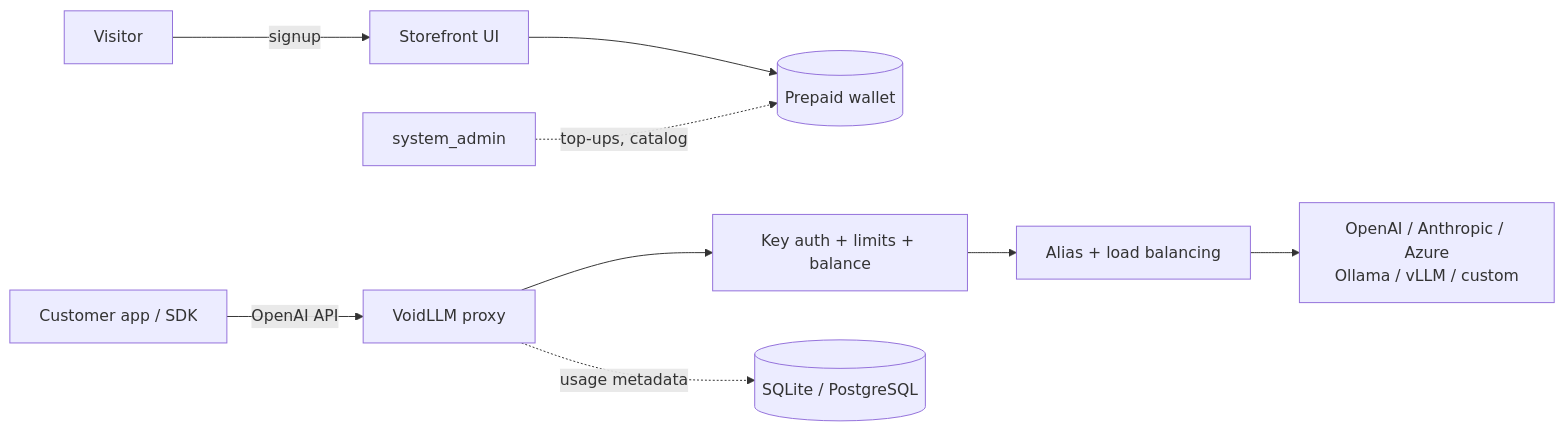
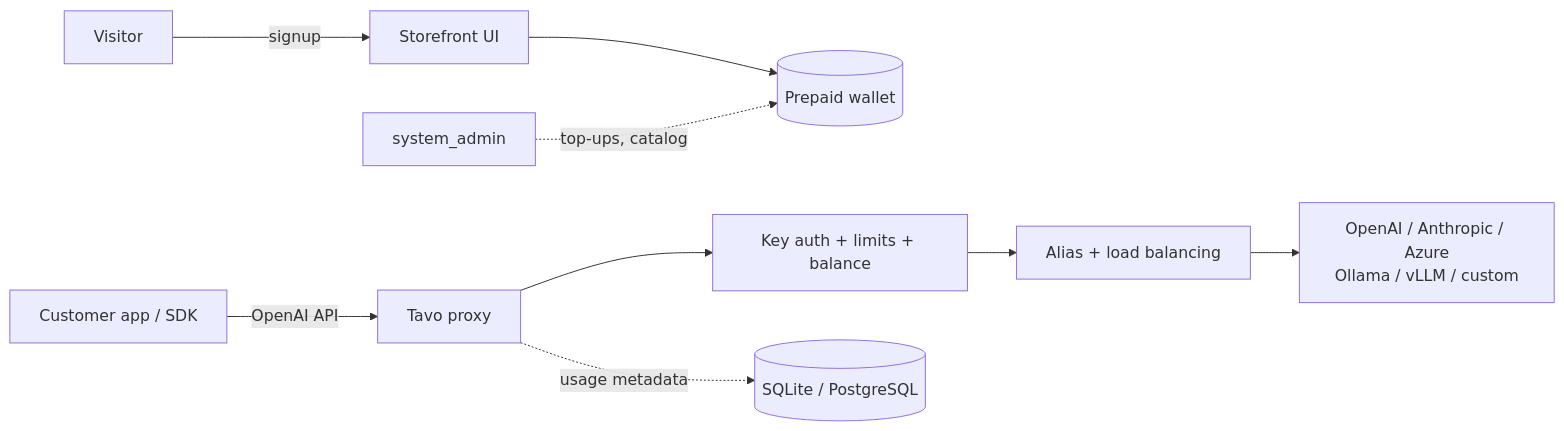
Before and after one commit to jukaza/voidllm: the diagram in README.md, drawn with Mermaid. The commit also changed other lines of this file and 270 other files, not shown here.

````diff
--- a/README.md
+++ b/README.md
@@ -70,11 +70,11 @@
 ```mermaid
 flowchart LR
     Visitor[Visitor] -->|signup| Store[Storefront UI]
     Store --> Wallet[(Prepaid wallet)]
-    App[Customer app / SDK] -->|OpenAI API| Proxy[VoidLLM proxy]
+    App[Customer app / SDK] -->|OpenAI API| Proxy[Tavo proxy]
     Proxy --> Check[Key auth + limits + balance]
     Check --> Route[Alias + load balancing]
     Route --> Upstream[OpenAI / Anthropic / Azure<br/>Ollama / vLLM / custom]
     Proxy -. usage metadata .-> DB[(SQLite / PostgreSQL)]
     Admin[system_admin] -. top-ups, catalog .-> Wallet
 ```
````
